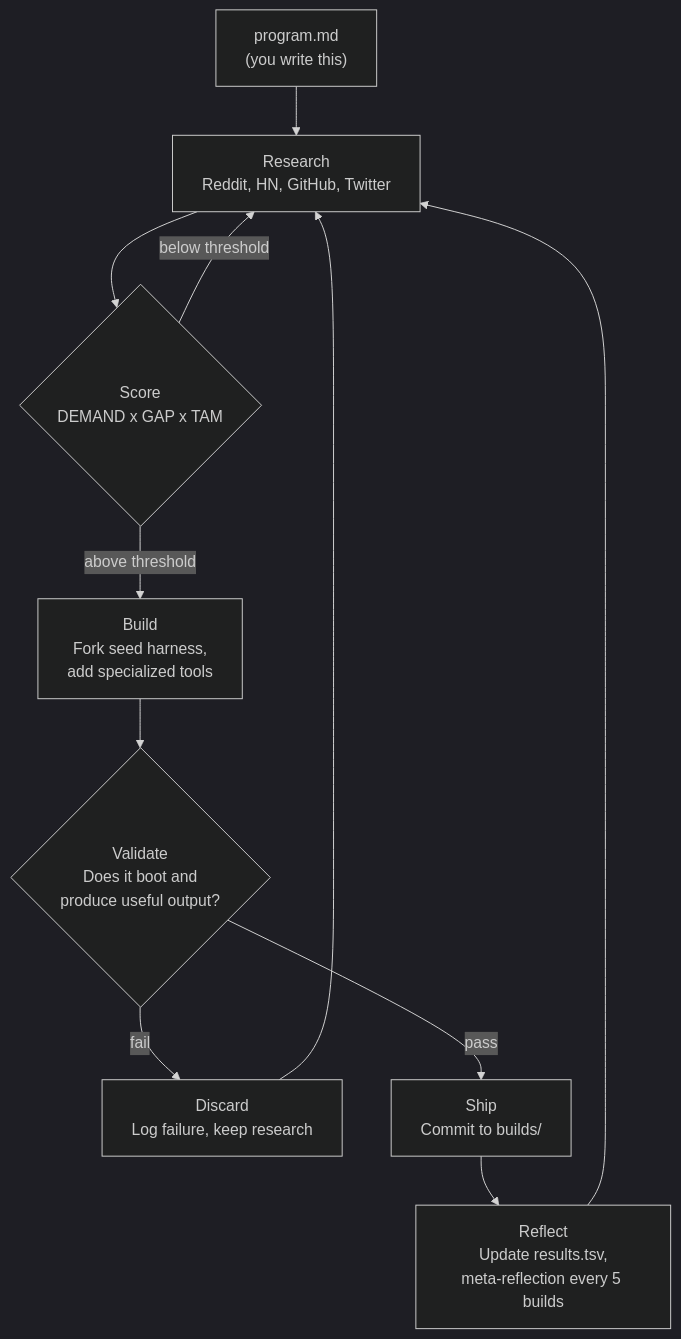
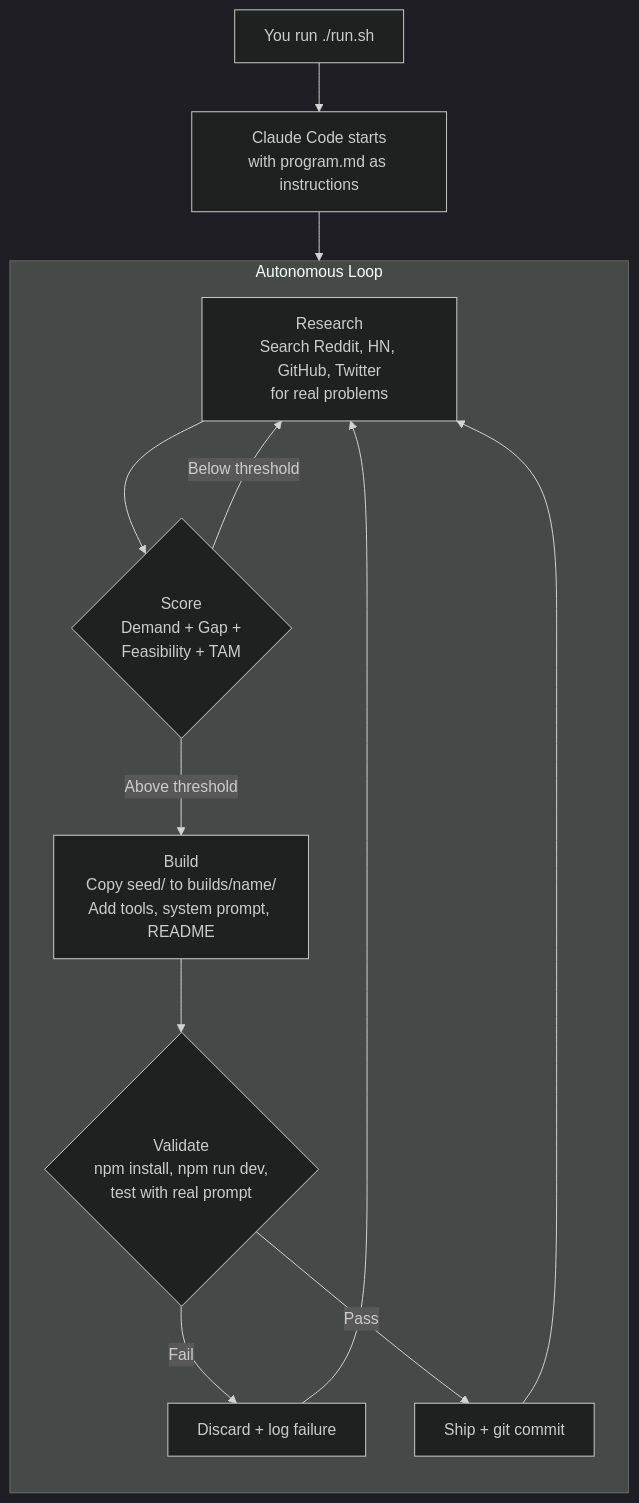
The diagram in README.md (Dominien/agent-factory), drawn with Mermaid (dark theme) before and after one commit. The commit also changed other lines of this file, not shown here.

First line of the commit message:
Rewrite README — practical user journey, single Mermaid diagram, prerequisites

````diff
--- a/README.md
+++ b/README.md
@@ -11,13 +11,17 @@
 ```mermaid
 flowchart TD
-    A["program.md<br/>(you write this)"] --> B["Research<br/>Reddit, HN, GitHub, Twitter"]
-    B --> C{"Score<br/>DEMAND x GAP x TAM"}
-    C -- "below threshold" --> B
-    C -- "above threshold" --> D["Build<br/>Fork seed harness,<br/>add specialized tools"]
-    D --> E{"Validate<br/>Does it boot and<br/>produce useful output?"}
-    E -- fail --> F["Discard<br/>Log failure, keep research"]
-    E -- pass --> G["Ship<br/>Commit to builds/"]
-    F --> B
-    G --> H["Reflect<br/>Update results.tsv,<br/>meta-reflection every 5 builds"]
-    H --> B
+    U["You run ./run.sh"] --> R["Claude Code starts<br/>with program.md as instructions"]
+    R --> L
+
+    subgraph L ["Autonomous Loop"]
+        direction TB
+        A["Research<br/>Search Reddit, HN, GitHub, Twitter<br/>for real problems"] --> B{"Score<br/>Demand + Gap +<br/>Feasibility + TAM"}
+        B -->|"Below threshold"| A
+        B -->|"Above threshold"| C["Build<br/>Copy seed/ to builds/name/<br/>Add tools, system prompt, README"]
+        C --> D{"Validate<br/>npm install, npm run dev,<br/>test with real prompt"}
+        D -->|"Fail"| E["Discard + log failure"]
+        D -->|"Pass"| F["Ship + git commit"]
+        E --> A
+        F --> A
+    end
 ```
````
